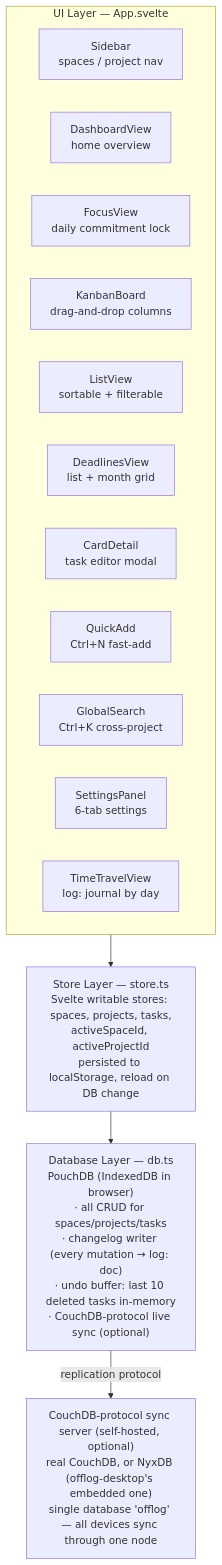
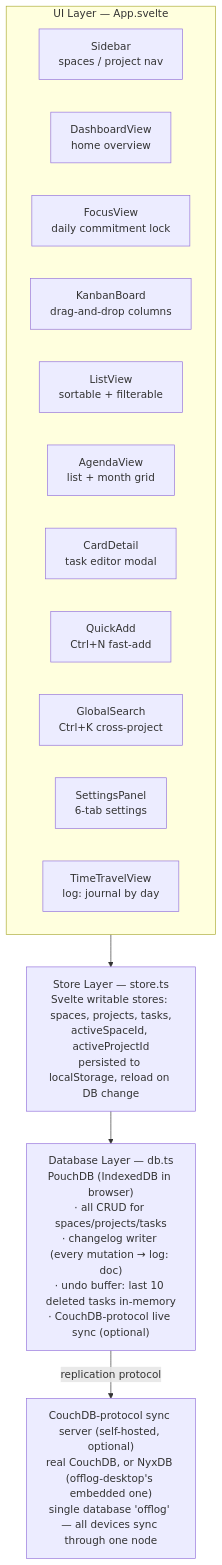
One commit to hrach-gevorgyan/offlog changed the diagram in docs/TECH.md. Above: the diagram before and after it, drawn with Mermaid. The commit also changed other lines of this file and 6 other files, not shown here.

````diff
--- a/docs/TECH.md
+++ b/docs/TECH.md
@@ -52,22 +52,22 @@
 ```mermaid
 flowchart TB
     subgraph UI["UI Layer — App.svelte"]
         direction LR
         Sidebar["Sidebar<br/>spaces / project nav"]
         Dashboard["DashboardView<br/>home overview"]
         Focus["FocusView<br/>daily commitment lock"]
         Kanban["KanbanBoard<br/>drag-and-drop columns"]
         List["ListView<br/>sortable + filterable"]
-        Agenda["DeadlinesView<br/>list + month grid"]
+        Agenda["AgendaView<br/>list + month grid"]
         Card["CardDetail<br/>task editor modal"]
         Quick["QuickAdd<br/>Ctrl+N fast-add"]
         Search["GlobalSearch<br/>Ctrl+K cross-project"]
         Settings["SettingsPanel<br/>6-tab settings"]
         Time["TimeTravelView<br/>log: journal by day"]
     end
     Store["Store Layer — store.ts<br/>Svelte writable stores: spaces, projects, tasks,<br/>activeSpaceId, activeProjectId<br/>persisted to localStorage, reload on DB change"]
     DB["Database Layer — db.ts<br/>PouchDB (IndexedDB in browser)<br/>· all CRUD for spaces/projects/tasks<br/>· changelog writer (every mutation → log: doc)<br/>· undo buffer: last 10 deleted tasks in-memory<br/>· CouchDB-protocol live sync (optional)"]
     Sync["CouchDB-protocol sync server (self-hosted, optional)<br/>real CouchDB, or NyxDB (offlog-desktop's embedded one)<br/>single database 'offlog' — all devices sync through one node"]
 
     UI --> Store --> DB -->|replication protocol| Sync
 ```
````
